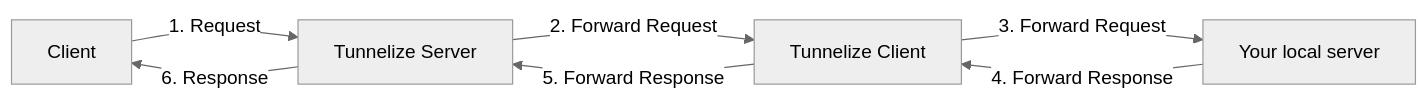
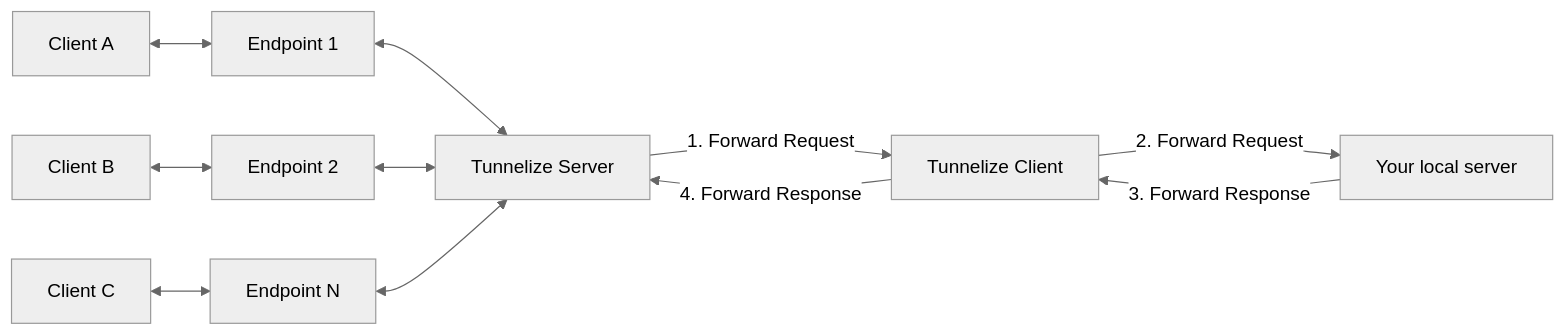
The diagram in docs/diagrams/intro.mermaid (ArekX/tunnelize), drawn with Mermaid (neutral theme) before and after one commit. The commit also changed 9 other files, not shown here.

```diff
--- a/docs/diagrams/intro.mermaid
+++ b/docs/diagrams/intro.mermaid
@@ -1,7 +1,11 @@
 flowchart LR
-    Client -->|1. Request| TunnelServer
-    TunnelServer[Tunnelize Server] -->|2. Forward Request| TunnelClient[Tunnelize Client]
-    TunnelClient -->|3. Forward Request| LocalServer[Your local server]
-    LocalServer -->|4. Forward Response| TunnelClient
-    TunnelClient -->|5. Forward Response| TunnelServer
-    TunnelServer -->|6. Response| Client
+    ClientA[Client A] <--> Endpoint1[Endpoint 1]
+    ClientB[Client B] <--> Endpoint2[Endpoint 2]
+    ClientC[Client C] <--> EndpointN[Endpoint N]
+    Endpoint1 <-->TunnelServer
+    Endpoint2 <-->TunnelServer
+    EndpointN <-->TunnelServer
+    TunnelServer[Tunnelize Server] -->|1. Forward Request| TunnelClient[Tunnelize Client]
+    TunnelClient -->|2. Forward Request| LocalServer[Your local server]
+    LocalServer -->|3. Forward Response| TunnelClient 
+    TunnelClient -->|4. Forward Response| TunnelServer
```
